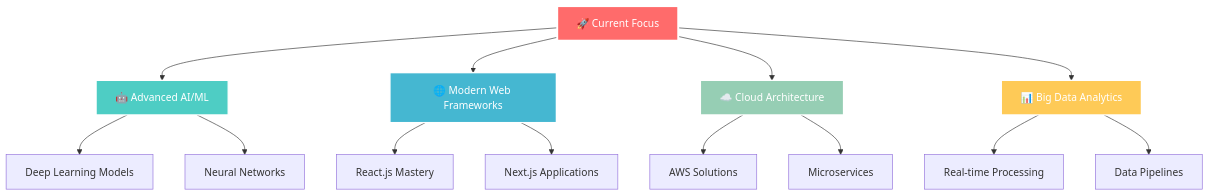
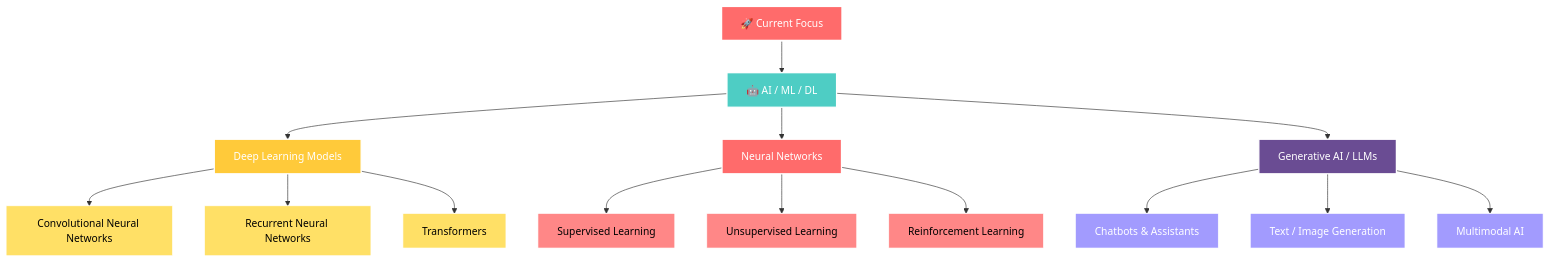
The diagram in README.md (vinayakjoshi04/vinayakjoshi04), drawn with Mermaid before and after one commit.

````diff
--- a/README.md
+++ b/README.md
@@ -196,25 +196,36 @@
 ```mermaid
 graph TD
-    A[🚀 Current Focus] --> B[🤖 Advanced AI/ML]
-    A --> C[🌐 Modern Web Frameworks]
-    A --> D[☁️ Cloud Architecture]
-    A --> E[📊 Big Data Analytics]
+    A[🚀 Current Focus] --> B[🤖 AI / ML / DL]
     
     B --> F[Deep Learning Models]
     B --> G[Neural Networks]
+    B --> N[Generative AI / LLMs]
     
-    C --> H[React.js Mastery]
-    C --> I[Next.js Applications]
+    F --> F1[Convolutional Neural Networks]
+    F --> F2[Recurrent Neural Networks]
+    F --> F3[Transformers]
     
-    D --> J[AWS Solutions]
-    D --> K[Microservices]
+    G --> G1[Supervised Learning]
+    G --> G2[Unsupervised Learning]
+    G --> G3[Reinforcement Learning]
     
-    E --> L[Real-time Processing]
-    E --> M[Data Pipelines]
-    
+    N --> N1[Chatbots & Assistants]
+    N --> N2[Text / Image Generation]
+    N --> N3[Multimodal AI]
+
     style A fill:#ff6b6b,stroke:#fff,stroke-width:3px,color:#fff
     style B fill:#4ecdc4,stroke:#fff,stroke-width:2px,color:#fff
-    style C fill:#45b7d1,stroke:#fff,stroke-width:2px,color:#fff
-    style D fill:#96ceb4,stroke:#fff,stroke-width:2px,color:#fff
-    style E fill:#feca57,stroke:#fff,stroke-width:2px,color:#fff
+    style F fill:#ffca3a,stroke:#fff,stroke-width:2px,color:#fff
+    style G fill:#ff6b6b,stroke:#fff,stroke-width:2px,color:#fff
+    style N fill:#6a4c93,stroke:#fff,stroke-width:2px,color:#fff
+    style F1 fill:#ffe066,stroke:#fff,stroke-width:1px,color:#000
+    style F2 fill:#ffe066,stroke:#fff,stroke-width:1px,color:#000
+    style F3 fill:#ffe066,stroke:#fff,stroke-width:1px,color:#000
+    style G1 fill:#ff8787,stroke:#fff,stroke-width:1px,color:#000
+    style G2 fill:#ff8787,stroke:#fff,stroke-width:1px,color:#000
+    style G3 fill:#ff8787,stroke:#fff,stroke-width:1px,color:#000
+    style N1 fill:#a29bfe,stroke:#fff,stroke-width:1px,color:#fff
+    style N2 fill:#a29bfe,stroke:#fff,stroke-width:1px,color:#fff
+    style N3 fill:#a29bfe,stroke:#fff,stroke-width:1px,color:#fff
+
 ```
````
